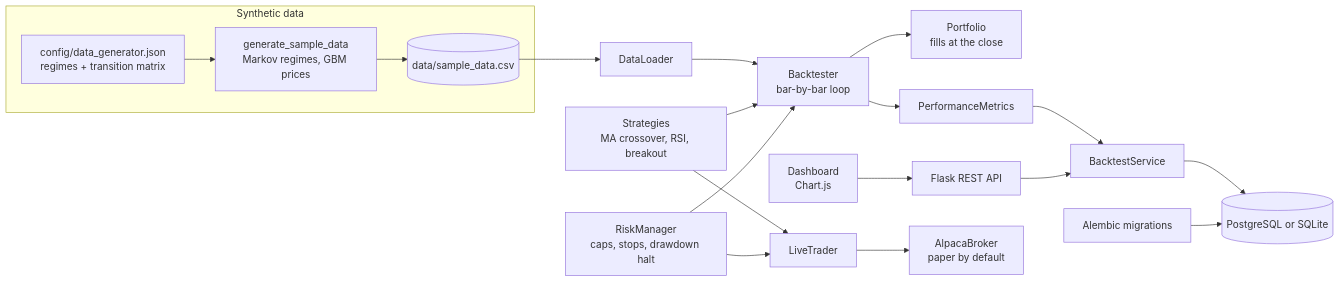
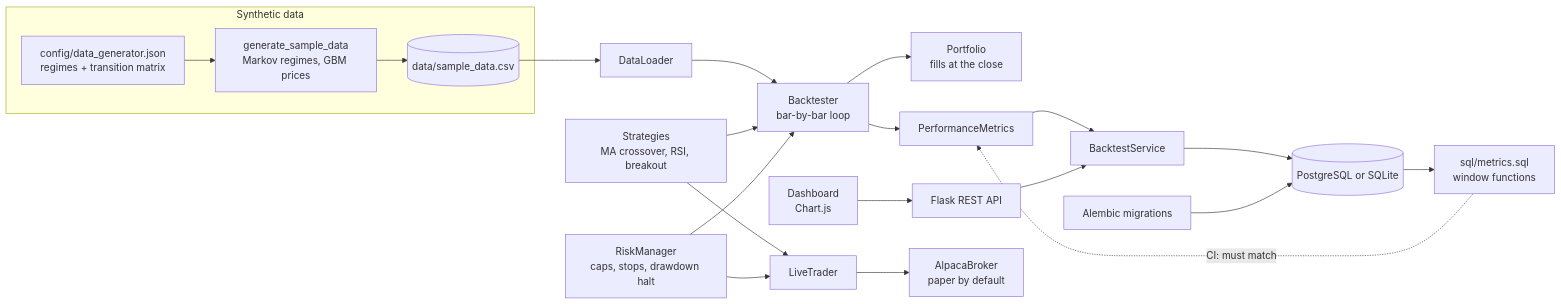
The diagram in README.md (lokaz-c/quant), drawn with Mermaid before and after one commit. The commit also changed other lines of this file and 1 other file, not shown here.

First line of the commit message:
Docs: SQL cross-check (docs/sql-metrics.md) and README

````diff
--- a/README.md
+++ b/README.md
@@ -11,21 +11,23 @@
 ```mermaid
 flowchart LR
     subgraph data["Synthetic data"]
         cfg["config/data_generator.json<br/>regimes + transition matrix"] --> gen["generate_sample_data<br/>Markov regimes, GBM prices"]
         gen --> csv[("data/sample_data.csv")]
     end
     csv --> loader["DataLoader"]
     loader --> engine["Backtester<br/>bar-by-bar loop"]
     strategies["Strategies<br/>MA crossover, RSI, breakout"] --> engine
     risk["RiskManager<br/>caps, stops, drawdown halt"] --> engine
     engine --> portfolio["Portfolio<br/>fills at the close"]
     engine --> metrics["PerformanceMetrics"]
     metrics --> service["BacktestService"]
     service --> db[("PostgreSQL or SQLite")]
     migrations["Alembic migrations"] --> db
+    db --> sqlcheck["sql/metrics.sql<br/>window functions"]
+    sqlcheck -. "CI: must match" .-> metrics
     api["Flask REST API"] --> service
     ui["Dashboard<br/>Chart.js"] --> api
     strategies --> trader["LiveTrader"]
     risk --> trader
     trader --> broker["AlpacaBroker<br/>paper by default"]
 ```
````
